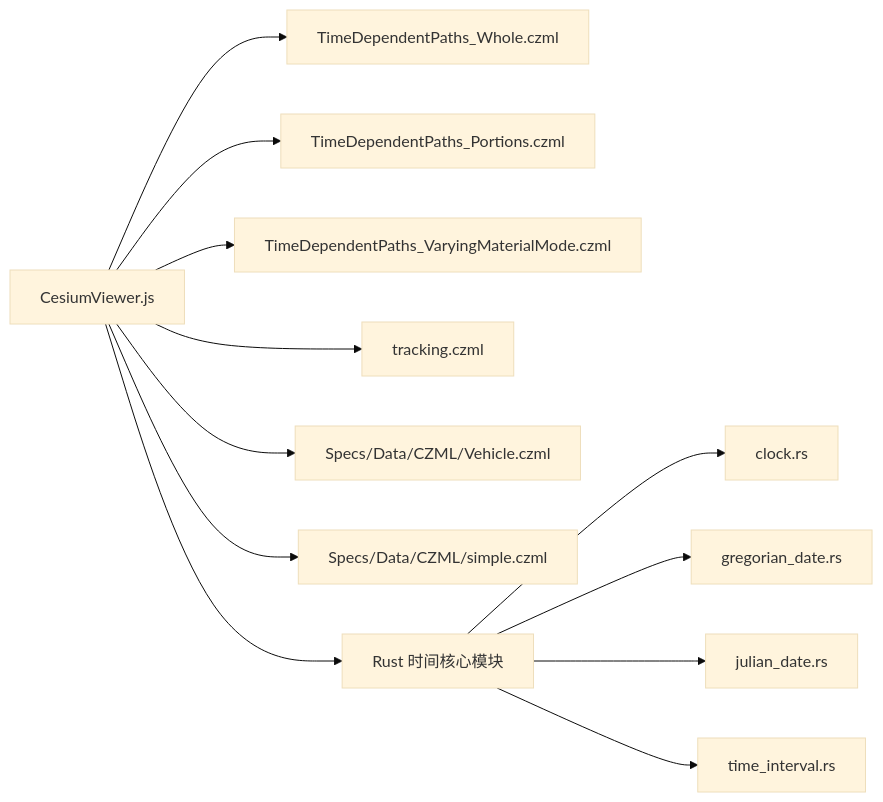
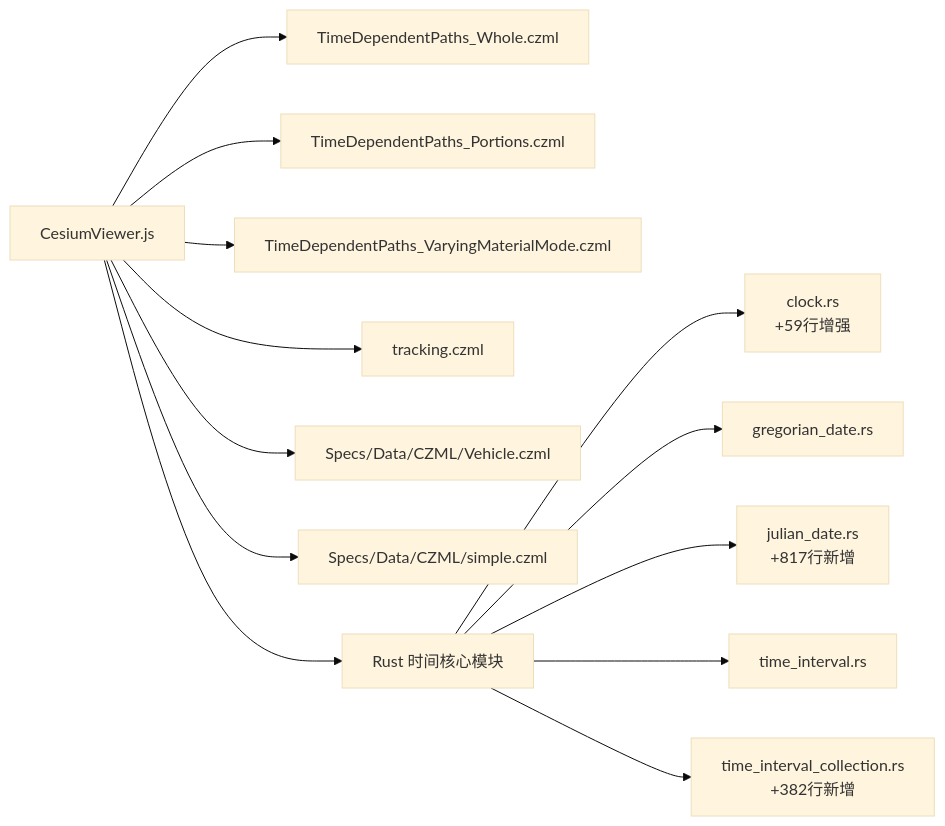
The sixth of 6 diagrams in .qoder/repowiki/zh/content/核心概念/时间管理系统/时间管理系统.md (rzhangjing/cesium), drawn with Mermaid (base theme) before and after one commit. The commit also changed other lines of this file and 56 other files, not shown here.

````diff
--- a/.qoder/repowiki/zh/content/核心概念/时间管理系统/时间管理系统.md
+++ b/.qoder/repowiki/zh/content/核心概念/时间管理系统/时间管理系统.md
@@ -406,14 +443,15 @@
 ```mermaid
 graph LR
 JS["CesiumViewer.js"] --> CZMLW["TimeDependentPaths_Whole.czml"]
 JS --> CZMLP["TimeDependentPaths_Portions.czml"]
 JS --> CZMLM["TimeDependentPaths_VaryingMaterialMode.czml"]
 JS --> CZMLS["tracking.czml"]
 JS --> SpecV["Specs/Data/CZML/Vehicle.czml"]
 JS --> SpecS["Specs/Data/CZML/simple.czml"]
 JS --> TimeCore["Rust 时间核心模块"]
-TimeCore --> Clock["clock.rs"]
+TimeCore --> Clock["clock.rs<br/>+59行增强"]
 TimeCore --> Gregorian["gregorian_date.rs"]
-TimeCore --> Julian["julian_date.rs"]
+TimeCore --> Julian["julian_date.rs<br/>+817行新增"]
 TimeCore --> Interval["time_interval.rs"]
+TimeCore --> Collection["time_interval_collection.rs<br/>+382行新增"]
 ```
````
